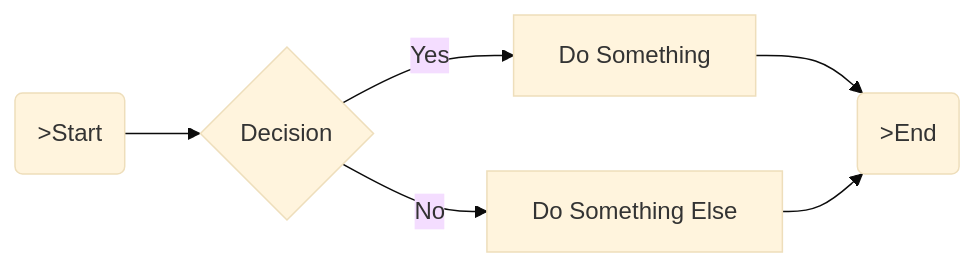
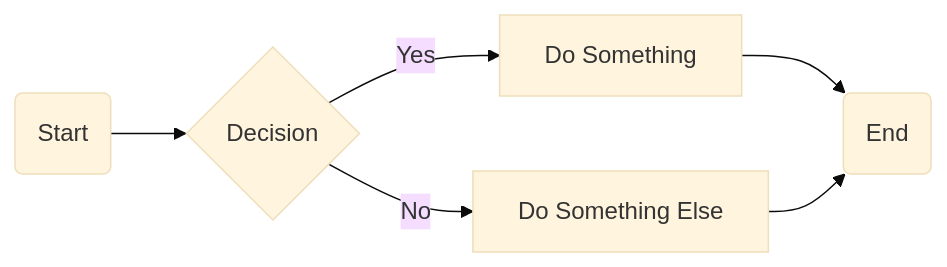
Before and after one commit to mjdvisualz/fysik-quiz-app: the diagram in README.md, drawn with Mermaid (base theme).

````diff
--- a/README.md
+++ b/README.md
@@ -16,8 +16,8 @@
 ```mermaid
 graph LR
-    A(>Start) --> B{Decision}
+    A(Start) --> B{Decision}
     B -->|Yes| C[Do Something]
     B -->|No| D[Do Something Else]
-    C --> E(>End)
+    C --> E(End)
     D --> E
 ```
````
